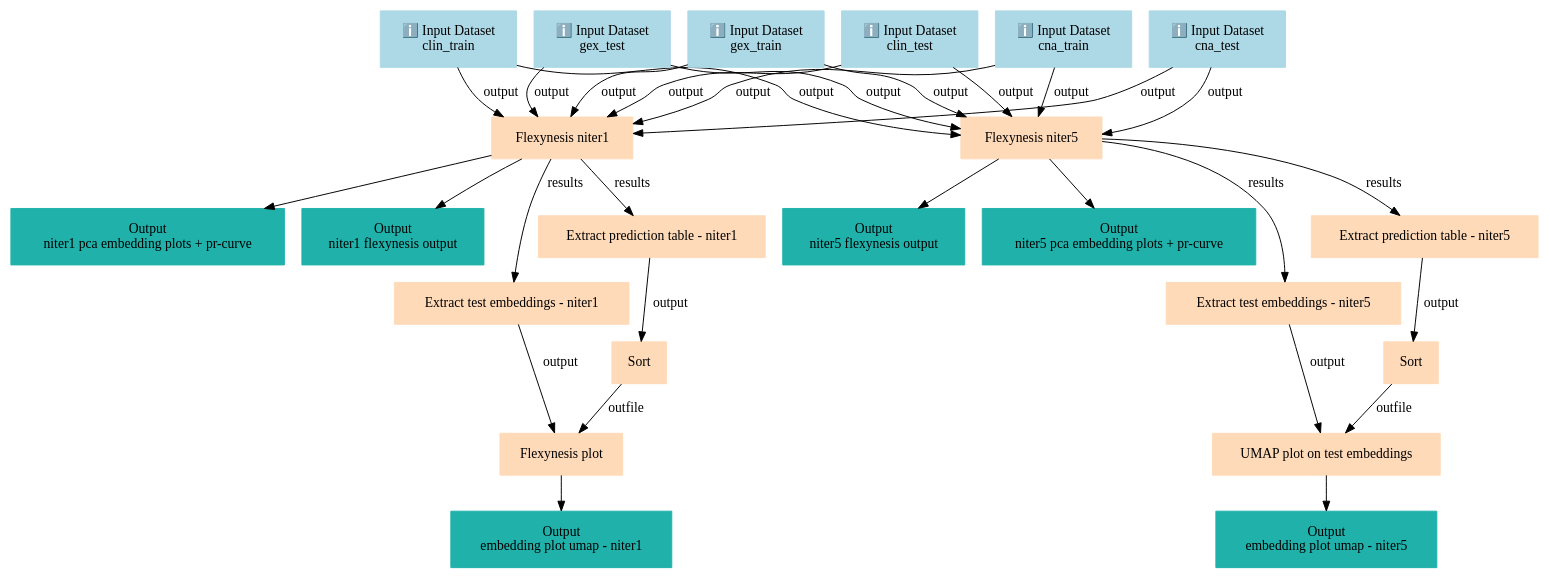
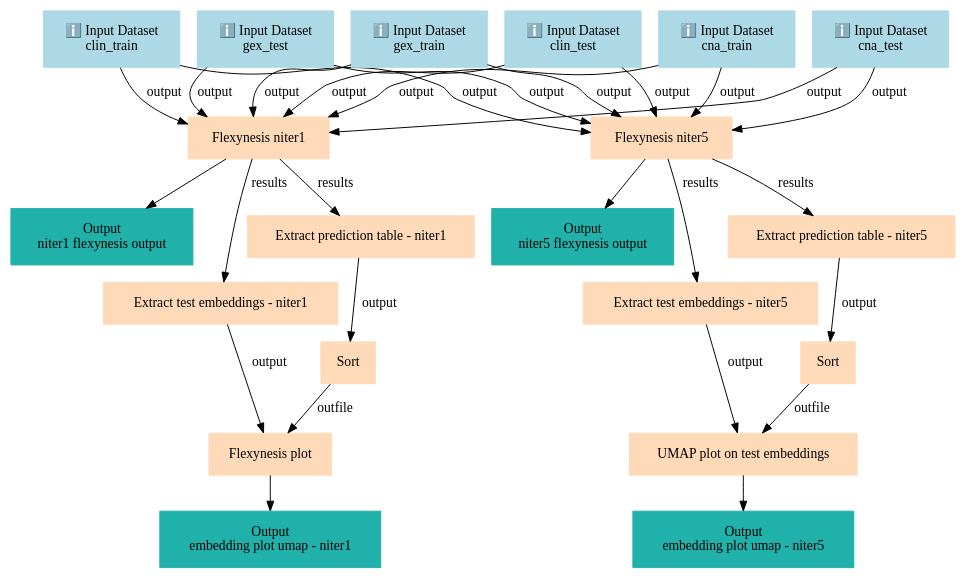
The diagram in api/workflows/statistics/flexynesis_classification/main-workflow/graph.dot (galaxyproject/training-material), drawn with Graphviz before and after one commit. The commit also changed 10914 other files, not shown here.

```diff
--- a/api/workflows/statistics/flexynesis_classification/main-workflow/graph.dot
+++ b/api/workflows/statistics/flexynesis_classification/main-workflow/graph.dot
@@ -1,54 +1,50 @@
 digraph main {
   node [fontname="Atkinson Hyperlegible", shape=box, color=white,style=filled,color=peachpuff,margin="0.2,0.2"];
   edge [fontname="Atkinson Hyperlegible"];
   0[color=lightblue,label="ℹ️ Input Dataset\nclin_train"]
   1[color=lightblue,label="ℹ️ Input Dataset\nclin_test"]
   2[color=lightblue,label="ℹ️ Input Dataset\ngex_train"]
   3[color=lightblue,label="ℹ️ Input Dataset\ngex_test"]
   4[color=lightblue,label="ℹ️ Input Dataset\ncna_train"]
   5[color=lightblue,label="ℹ️ Input Dataset\ncna_test"]
   6[label=" Flexynesis niter1"]
   5 -> 6 [label="output"]
   4 -> 6 [label="output"]
   1 -> 6 [label="output"]
   3 -> 6 [label="output"]
   0 -> 6 [label="output"]
   2 -> 6 [label="output"]
-  k2012ecdcb05648d8a73265b196939d04[color=lightseagreen,label="Output\nniter1 pca embedding plots + pr-curve"]
-  6 -> k2012ecdcb05648d8a73265b196939d04
   ka3d336d014da46888f209fbe4a3745a5[color=lightseagreen,label="Output\nniter1 flexynesis output"]
   6 -> ka3d336d014da46888f209fbe4a3745a5
   7[label=" Flexynesis niter5"]
   5 -> 7 [label="output"]
   4 -> 7 [label="output"]
   1 -> 7 [label="output"]
   3 -> 7 [label="output"]
   0 -> 7 [label="output"]
   2 -> 7 [label="output"]
-  k49542b0b89e043728c306a2ec5a22967[color=lightseagreen,label="Output\nniter5 flexynesis output"]
-  7 -> k49542b0b89e043728c306a2ec5a22967
-  k1b27b3d1d7044c6985140cb2139c2349[color=lightseagreen,label="Output\nniter5 pca embedding plots + pr-curve"]
-  7 -> k1b27b3d1d7044c6985140cb2139c2349
+  kd3447b3412334c77a348387e5e021782[color=lightseagreen,label="Output\nniter5 flexynesis output"]
+  7 -> kd3447b3412334c77a348387e5e021782
   8[label="Extract prediction table - niter1"]
   6 -> 8 [label="results"]
   9[label="Extract test embeddings - niter1"]
   6 -> 9 [label="results"]
   10[label="Extract prediction table - niter5"]
   7 -> 10 [label="results"]
   11[label="Extract test embeddings - niter5"]
   7 -> 11 [label="results"]
   12[label="Sort"]
   8 -> 12 [label="output"]
   13[label="Sort"]
   10 -> 13 [label="output"]
   14[label="Flexynesis plot"]
   9 -> 14 [label="output"]
   12 -> 14 [label="outfile"]
   ka132b51938f84d0aaf844343a24a1f7a[color=lightseagreen,label="Output\nembedding plot umap - niter1"]
   14 -> ka132b51938f84d0aaf844343a24a1f7a
   15[label="UMAP plot on test embeddings"]
   11 -> 15 [label="output"]
   13 -> 15 [label="outfile"]
   kbd28d5e997ed419eb4e60e31eef2db18[color=lightseagreen,label="Output\nembedding plot umap - niter5"]
   15 -> kbd28d5e997ed419eb4e60e31eef2db18
 }
```
